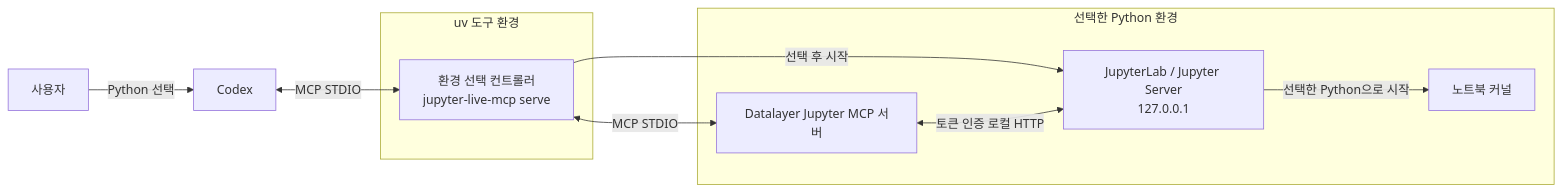
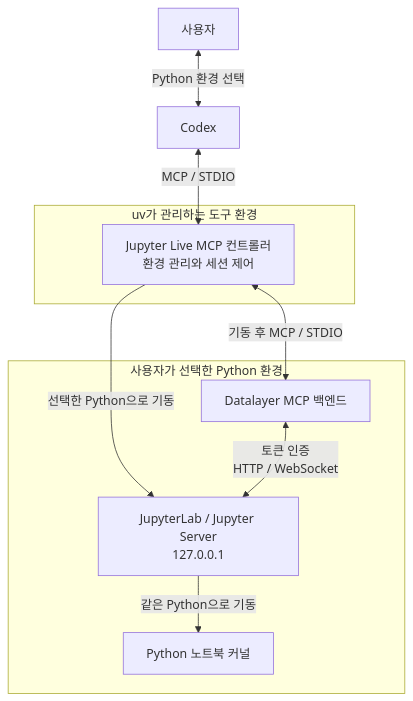
The diagram in README.md (jlee-ax/jupyter-live-mcp), drawn with Mermaid before and after one commit. The commit also changed other lines of this file, not shown here.

````diff
--- a/README.md
+++ b/README.md
@@ -76,19 +29,22 @@
 ```mermaid
-flowchart LR
-    subgraph ToolEnv["uv 도구 환경"]
-        Controller["환경 선택 컨트롤러<br/>jupyter-live-mcp serve"]
+flowchart TB
+    User["사용자"]
+    Codex["Codex"]
+
+    subgraph ToolEnv["uv가 관리하는 도구 환경"]
+        Controller["Jupyter Live MCP 컨트롤러<br/>환경 관리와 세션 제어"]
     end
 
-    subgraph AnalysisEnv["선택한 Python 환경"]
-        Lab["JupyterLab / Jupyter Server<br/>127.0.0.1"]
-        Backend["Datalayer Jupyter MCP 서버"]
-        Kernel["노트북 커널"]
+    subgraph AnalysisEnv["사용자가 선택한 Python 환경"]
+        Backend["Datalayer MCP 백엔드"]
+        Server["JupyterLab / Jupyter Server<br/>127.0.0.1"]
+        Kernel["Python 노트북 커널"]
     end
 
-    User["사용자"] -->|"Python 선택"| Codex["Codex"]
-    Codex <-->|"MCP STDIO"| Controller
-    Controller -->|"선택 후 시작"| Lab
-    Controller <-->|"MCP STDIO"| Backend
-    Backend <-->|"토큰 인증 로컬 HTTP"| Lab
-    Lab -->|"선택한 Python으로 시작"| Kernel
+    User <-->|"Python 환경 선택"| Codex
+    Codex <-->|"MCP / STDIO"| Controller
+    Controller -->|"선택한 Python으로 기동"| Server
+    Controller <-->|"기동 후 MCP / STDIO"| Backend
+    Backend <-->|"토큰 인증<br/>HTTP / WebSocket"| Server
+    Server -->|"같은 Python으로 기동"| Kernel
 ```
````
